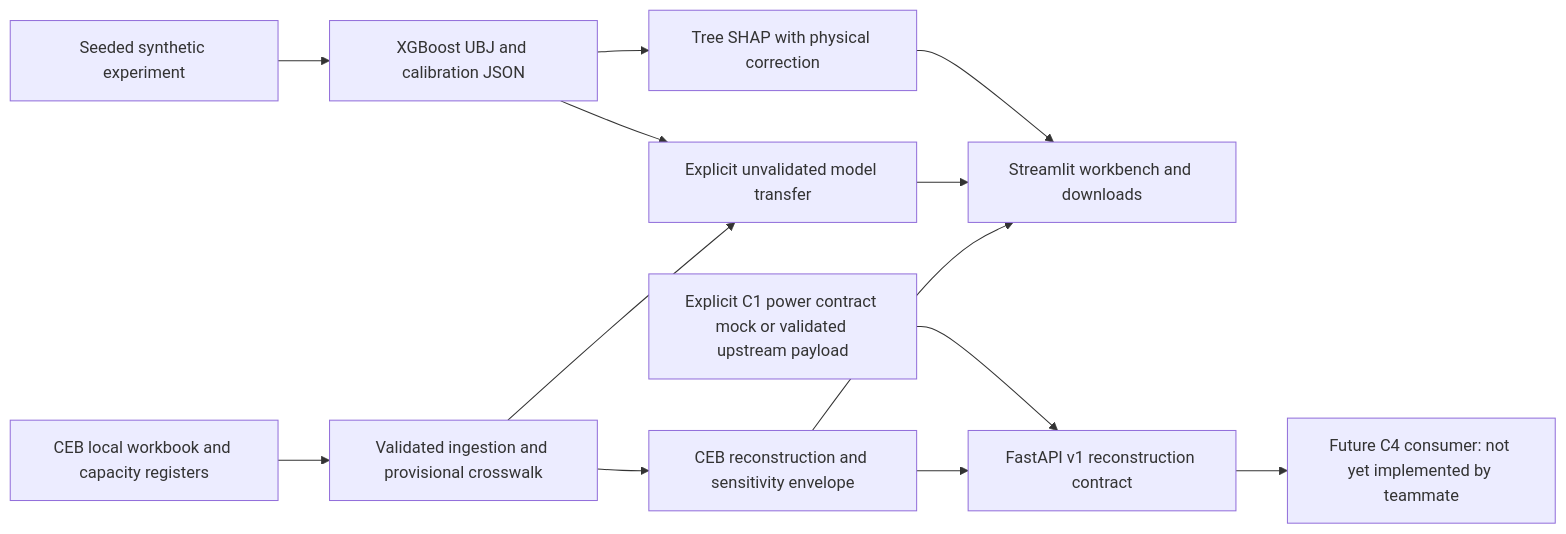
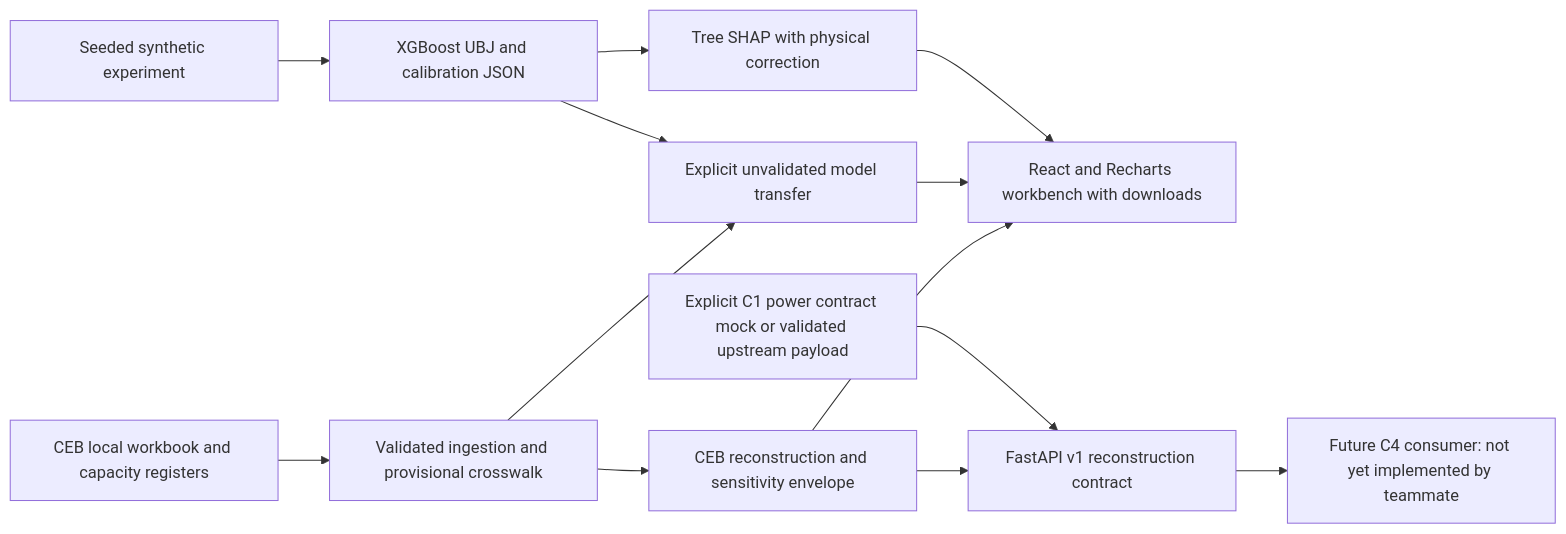
The diagram in components/C2_TLA_true_load_analysis/C2_TLA_docs/C2_TLA_integration.md (AMODHYAJ/J26-DS-305), drawn with Mermaid before and after one commit. The commit also changed other lines of this file and 20 other files, not shown here.

Commit message:
feat(c2): replace Streamlit with the team-styled React workbench

````diff
--- a/components/C2_TLA_true_load_analysis/C2_TLA_docs/C2_TLA_integration.md
+++ b/components/C2_TLA_true_load_analysis/C2_TLA_docs/C2_TLA_integration.md
@@ -3,15 +3,15 @@
 ```mermaid
 flowchart LR
   CEB[CEB local workbook and capacity registers] --> Ingest[Validated ingestion and provisional crosswalk]
   Ingest --> Balance[CEB reconstruction and sensitivity envelope]
   Sim[Seeded synthetic experiment] --> XGB[XGBoost UBJ and calibration JSON]
   XGB --> SHAP[Tree SHAP with physical correction]
   Ingest --> Transfer[Explicit unvalidated model transfer]
   XGB --> Transfer
-  Balance --> UI[Streamlit workbench and downloads]
+  Balance --> UI[React and Recharts workbench with downloads]
   Transfer --> UI
   SHAP --> UI
   Balance --> API[FastAPI v1 reconstruction contract]
   Mock[Explicit C1 power contract mock or validated upstream payload] --> API
   API --> Future[Future C4 consumer: not yet implemented by teammate]
 ```
````
